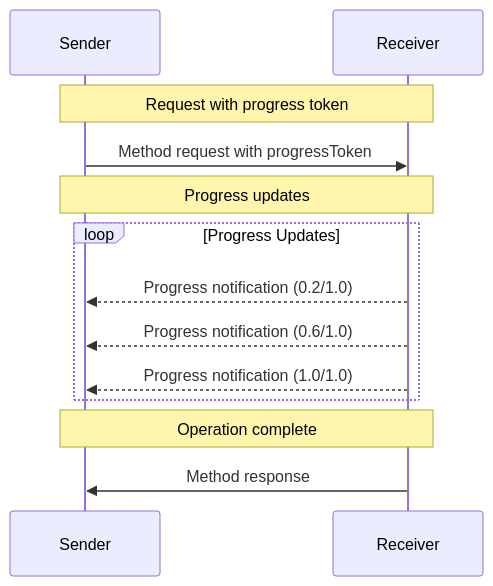
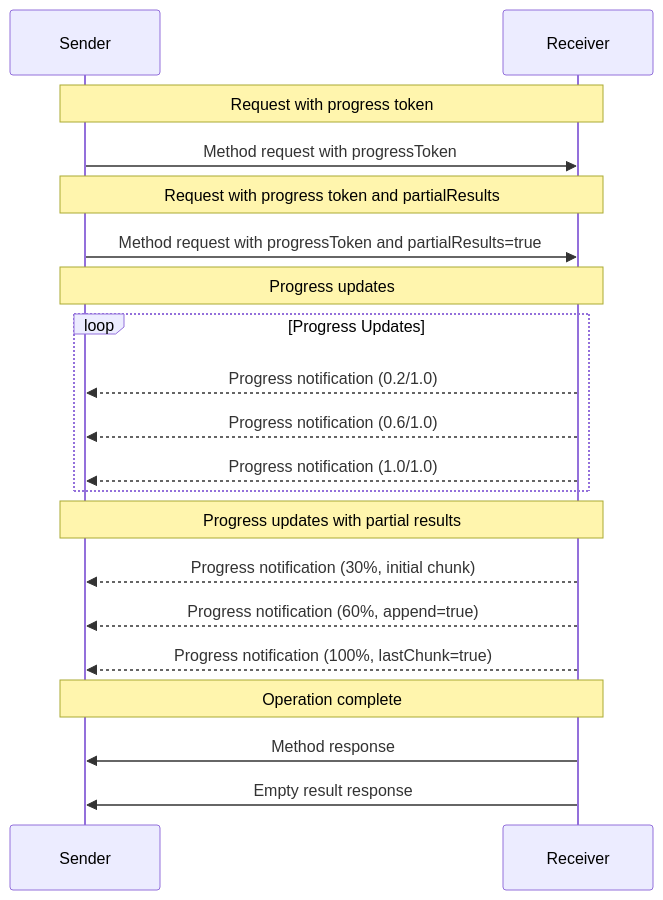
The diagram in docs/specification/draft/basic/utilities/progress.mdx (modelcontextprotocol/specification), drawn with Mermaid before and after one commit. The commit also changed other lines of this file and 7 other files, not shown here.

````diff
--- a/docs/specification/draft/basic/utilities/progress.mdx
+++ b/docs/specification/draft/basic/utilities/progress.mdx
@@ -70,18 +175,27 @@
 ```mermaid
 sequenceDiagram
     participant Sender
     participant Receiver
 
     Note over Sender,Receiver: Request with progress token
     Sender->>Receiver: Method request with progressToken
 
+    Note over Sender,Receiver: Request with progress token and partialResults
+    Sender->>Receiver: Method request with progressToken and partialResults=true
+
     Note over Sender,Receiver: Progress updates
     loop Progress Updates
         Receiver-->>Sender: Progress notification (0.2/1.0)
         Receiver-->>Sender: Progress notification (0.6/1.0)
         Receiver-->>Sender: Progress notification (1.0/1.0)
     end
 
+    Note over Sender,Receiver: Progress updates with partial results
+    Receiver-->>Sender: Progress notification (30%, initial chunk)
+    Receiver-->>Sender: Progress notification (60%, append=true)
+    Receiver-->>Sender: Progress notification (100%, lastChunk=true)
+
     Note over Sender,Receiver: Operation complete
     Receiver->>Sender: Method response
+    Receiver->>Sender: Empty result response
 ```
````
